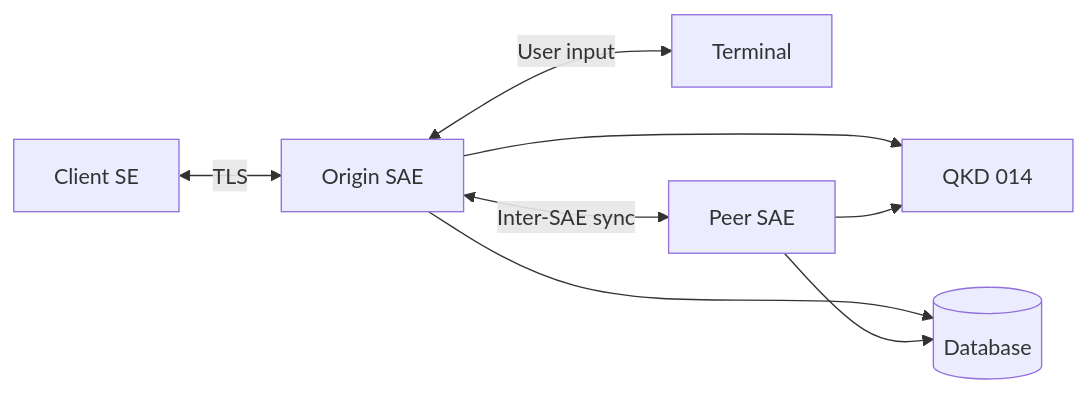
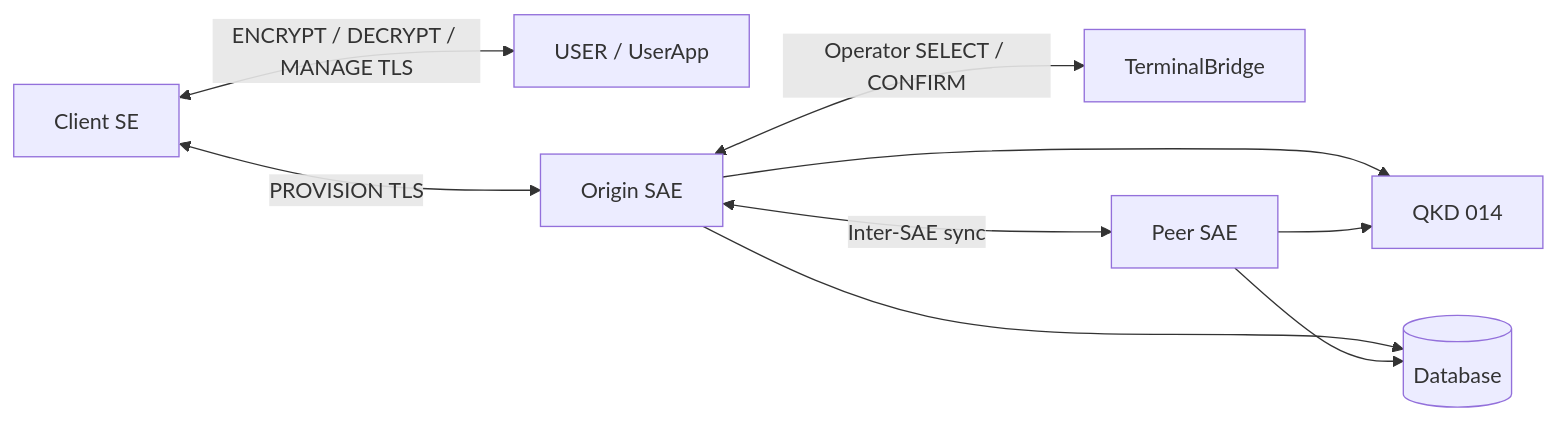
The eighth of 8 diagrams in JAVA_TLS_TEST/docs/FLOWCHARTS.md (vonasmic/one-time-pad-keychain), drawn with Mermaid before and after one commit. The commit also changed other lines of this file and 1621 other files, not shown here.

````diff
--- a/JAVA_TLS_TEST/docs/FLOWCHARTS.md
+++ b/JAVA_TLS_TEST/docs/FLOWCHARTS.md
@@ -206,17 +242,19 @@
 ```mermaid
 flowchart LR
     SE[Client SE]
+    UserApp[USER / UserApp]
     OriginSAE[Origin SAE]
-    Terminal[Terminal]
+    Terminal[TerminalBridge]
     PeerSAE[Peer SAE]
     QKD[QKD 014]
     DB[(Database)]
 
-    SE <-->|TLS| OriginSAE
-    OriginSAE <-->|User input| Terminal
+    SE <-->|ENCRYPT / DECRYPT / MANAGE TLS| UserApp
+    SE <-->|PROVISION TLS| OriginSAE
+    OriginSAE <-->|Operator SELECT / CONFIRM| Terminal
     OriginSAE <-->|Inter-SAE sync| PeerSAE
     OriginSAE --> QKD
     PeerSAE --> QKD
     OriginSAE --> DB
     PeerSAE --> DB
 ```
````
